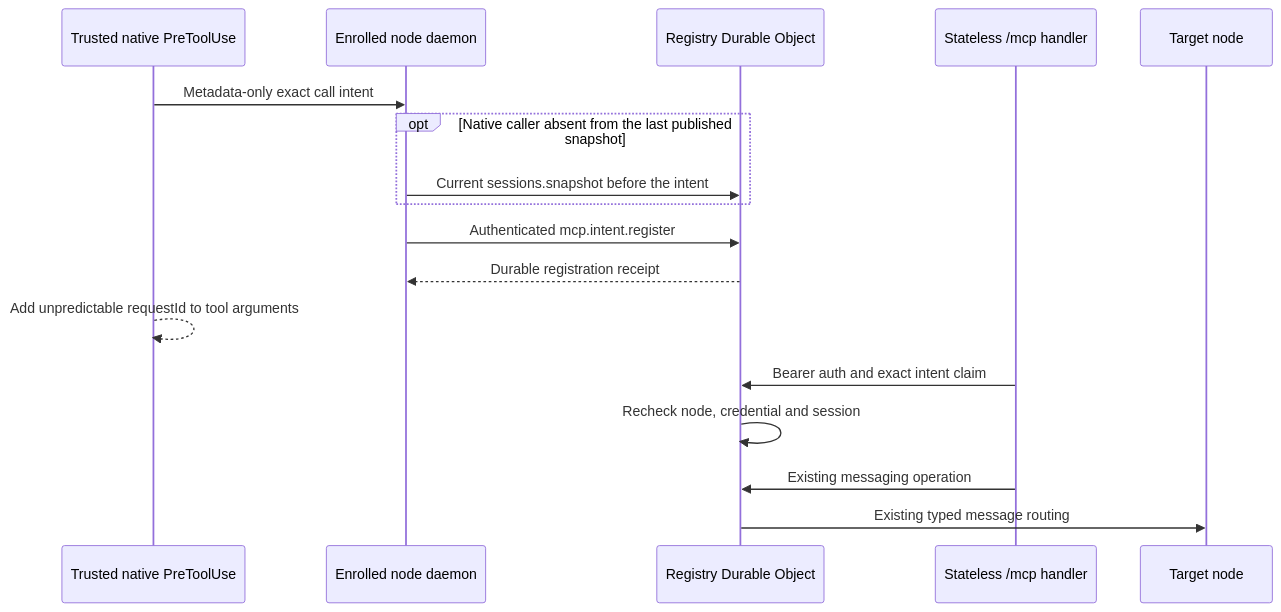
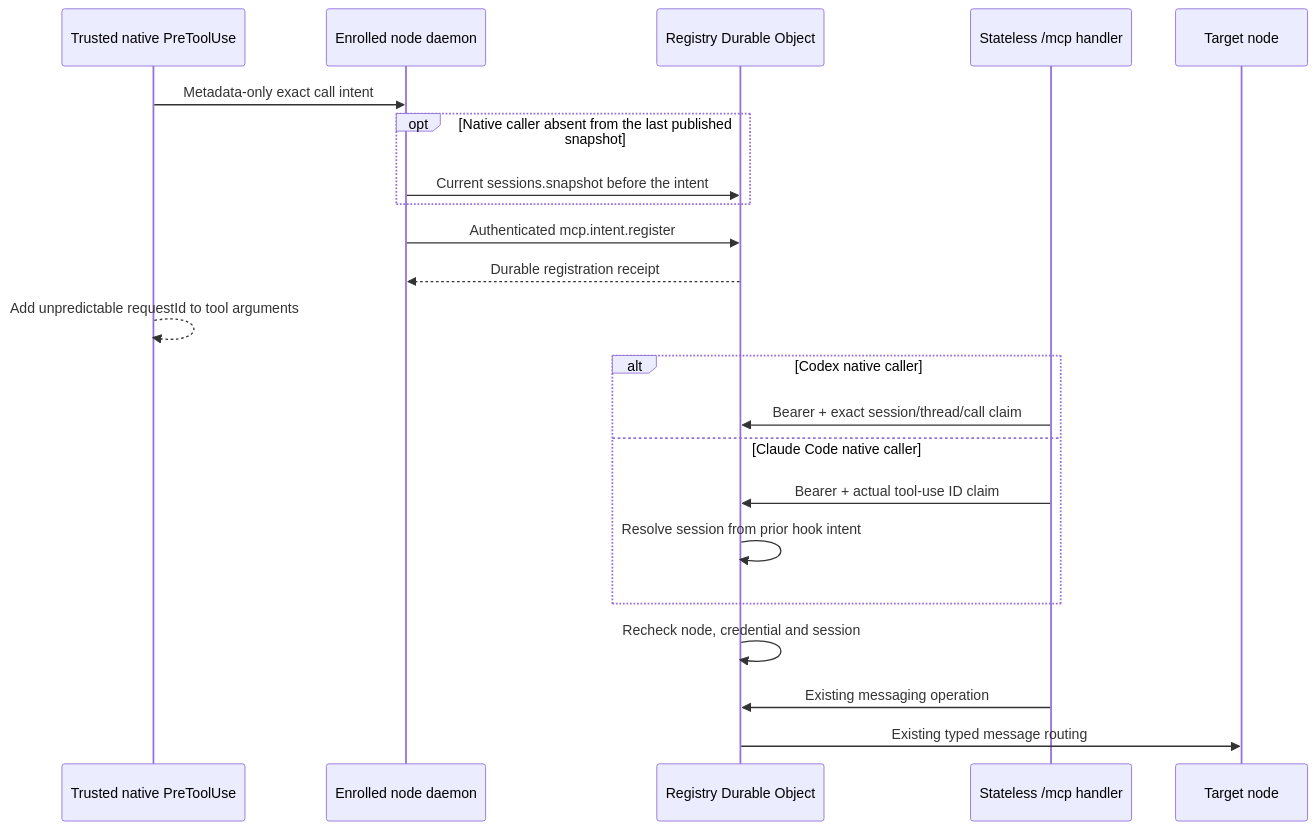
One commit to cfaysal/kherep changed the diagram in modules/control-plane/MCP.md. Above: the diagram before and after it, drawn with Mermaid. The commit also changed other lines of this file and 25 other files, not shown here.

Commit message:
feat: support verified Claude Code messaging MCP calls

````diff
--- a/modules/control-plane/MCP.md
+++ b/modules/control-plane/MCP.md
@@ -7,19 +7,24 @@
 ```mermaid
 sequenceDiagram
     participant Hook as Trusted native PreToolUse
     participant Node as Enrolled node daemon
     participant Registry as Registry Durable Object
     participant MCP as Stateless /mcp handler
     participant Peer as Target node
     Hook->>Node: Metadata-only exact call intent
     opt Native caller absent from the last published snapshot
         Node->>Registry: Current sessions.snapshot before the intent
     end
     Node->>Registry: Authenticated mcp.intent.register
     Registry-->>Node: Durable registration receipt
     Hook-->>Hook: Add unpredictable requestId to tool arguments
-    MCP->>Registry: Bearer auth and exact intent claim
+    alt Codex native caller
+        MCP->>Registry: Bearer + exact session/thread/call claim
+    else Claude Code native caller
+        MCP->>Registry: Bearer + actual tool-use ID claim
+        Registry->>Registry: Resolve session from prior hook intent
+    end
     Registry->>Registry: Recheck node, credential and session
     MCP->>Registry: Existing messaging operation
     Registry->>Peer: Existing typed message routing
 ```
````
